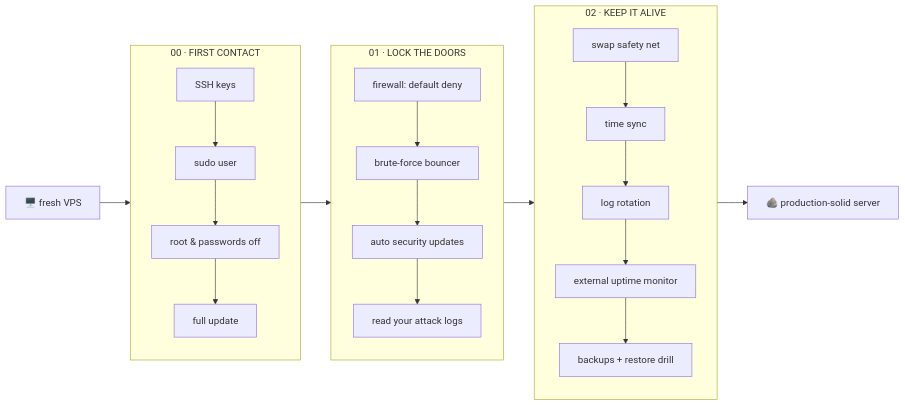
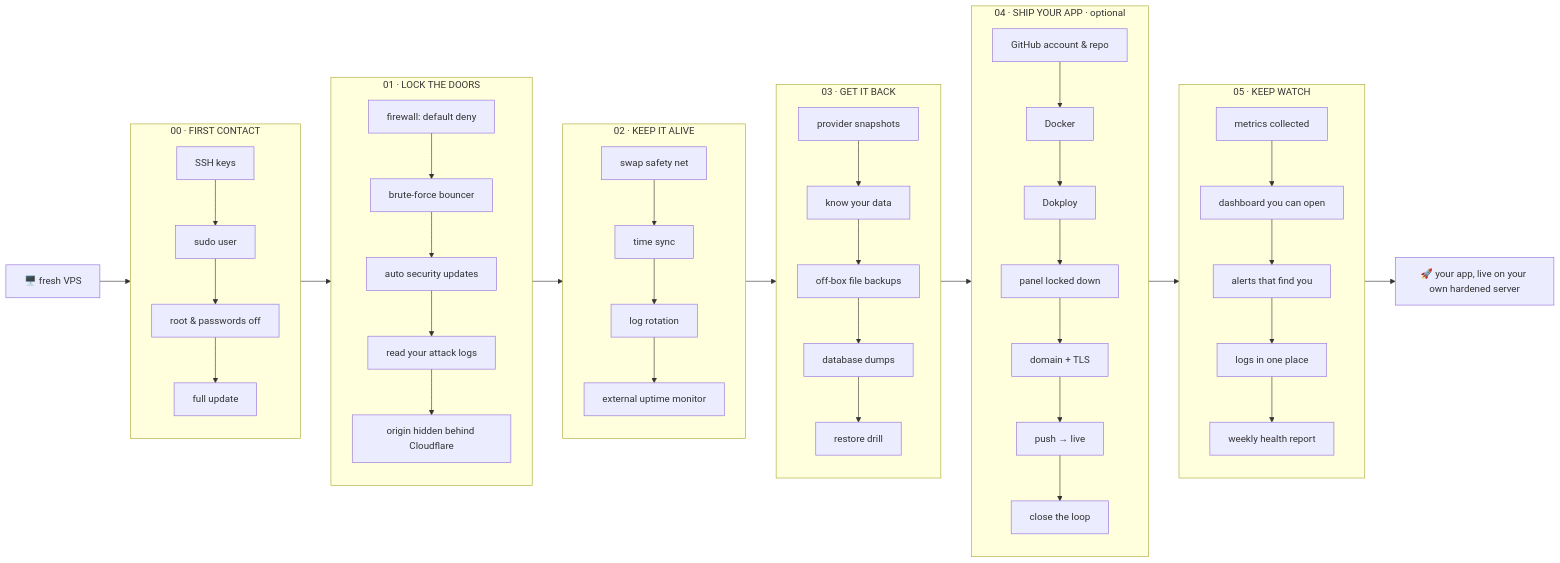
Before and after one commit to kiarash-na/server-to-do: the diagram in README.md, drawn with Mermaid. The commit also changed other lines of this file and 45 other files, not shown here.

First line of the commit message:
v1.0.0: full pipeline — levels 0-5, Cloudflare lock, health reports

````diff
--- a/README.md
+++ b/README.md
@@ -21,16 +21,28 @@
 ```mermaid
 flowchart LR
     A[🖥️ fresh VPS] --> L0
     subgraph L0[00 · FIRST CONTACT]
         A1[SSH keys] --> A2[sudo user] --> A3[root & passwords off] --> A4[full update]
     end
     L0 --> L1
     subgraph L1[01 · LOCK THE DOORS]
-        B1[firewall: default deny] --> B2[brute-force bouncer] --> B3[auto security updates] --> B4[read your attack logs]
+        B1[firewall: default deny] --> B2[brute-force bouncer] --> B3[auto security updates] --> B4[read your attack logs] --> B5[origin hidden behind Cloudflare]
     end
     L1 --> L2
     subgraph L2[02 · KEEP IT ALIVE]
-        C1[swap safety net] --> C2[time sync] --> C3[log rotation] --> C4[external uptime monitor] --> C5[backups + restore drill]
+        C1[swap safety net] --> C2[time sync] --> C3[log rotation] --> C4[external uptime monitor]
     end
-    L2 --> D[🪨 production-solid server]
+    L2 --> L3
+    subgraph L3[03 · GET IT BACK]
+        D1[provider snapshots] --> D2[know your data] --> D3[off-box file backups] --> D4[database dumps] --> D5[restore drill]
+    end
+    L3 --> L4
+    subgraph L4[04 · SHIP YOUR APP · optional]
+        E1[GitHub account & repo] --> E2[Docker] --> E3[Dokploy] --> E4[panel locked down] --> E5[domain + TLS] --> E6[push → live] --> E7[close the loop]
+    end
+    L4 --> L5
+    subgraph L5[05 · KEEP WATCH]
+        F1[metrics collected] --> F2[dashboard you can open] --> F3[alerts that find you] --> F4[logs in one place] --> F5[weekly health report]
+    end
+    L5 --> D[🚀 your app, live on your own hardened server]
 ```
````
